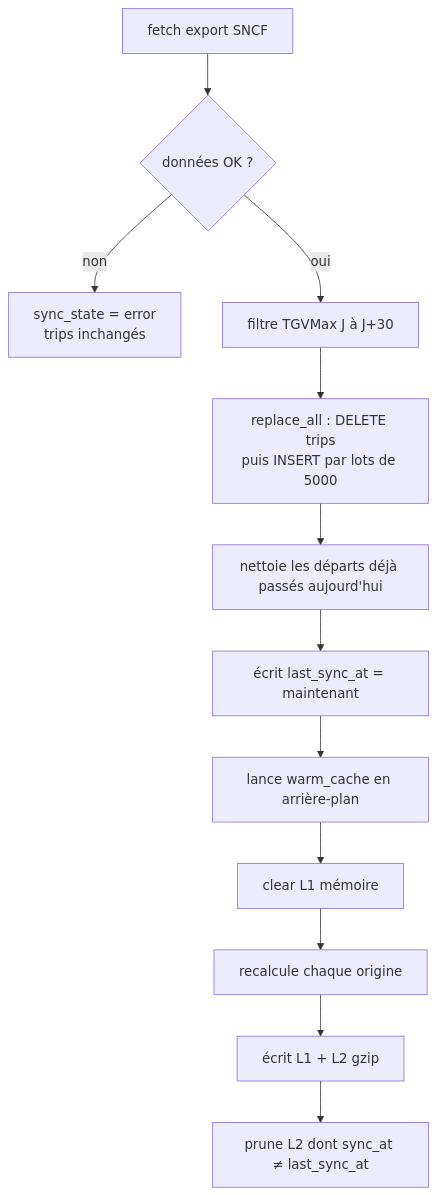
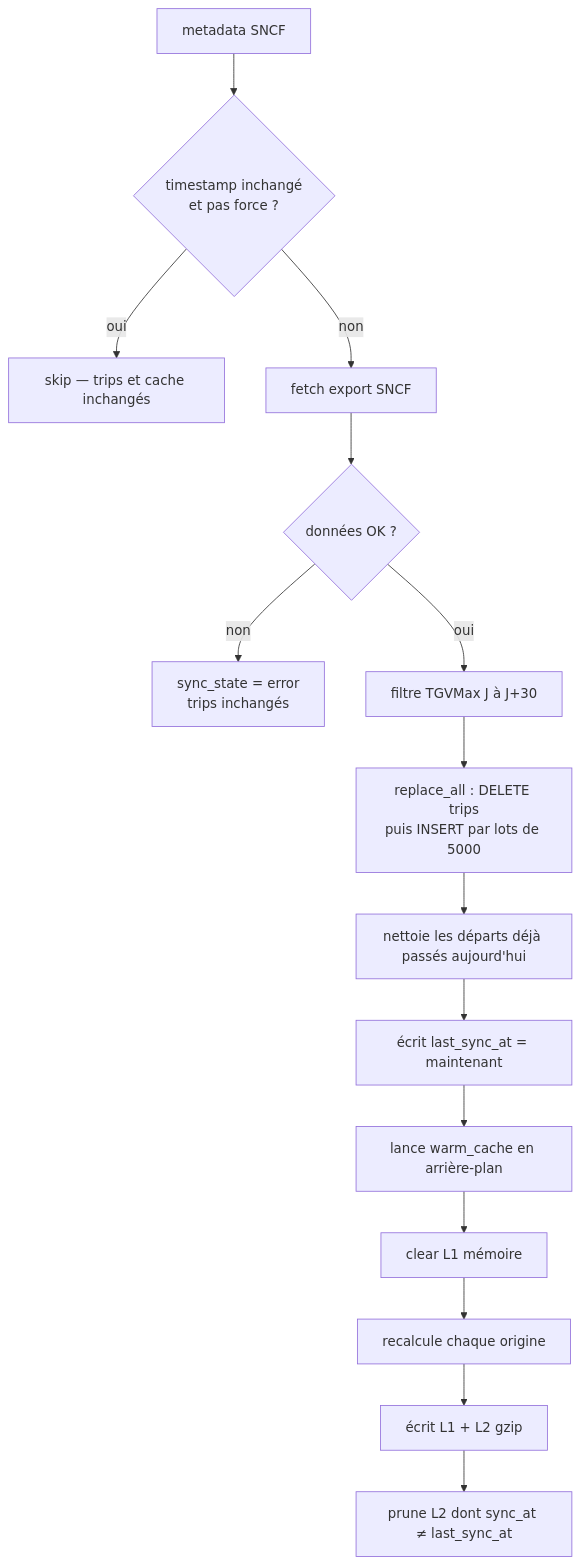
One commit to gabrielluthun/tgvmax-platform changed the diagram in doc/diagrams/01-sync.md. Above: the diagram before and after it, drawn with Mermaid. The commit also changed other lines of this file, not shown here.

Commit message:
docs(diagrams): document skip when SNCF metadata is unchanged

````diff
--- a/doc/diagrams/01-sync.md
+++ b/doc/diagrams/01-sync.md
@@ -11,14 +11,17 @@
 ```mermaid
 flowchart TD
-  A[fetch export SNCF] --> B{données OK ?}
-  B -->|non| E[sync_state = error<br/>trips inchangés]
-  B -->|oui| C[filtre TGVMax J à J+30]
-  C --> D["replace_all : DELETE trips<br/>puis INSERT par lots de 5000"]
-  D --> F[nettoie les départs déjà passés aujourd'hui]
+  A[metadata SNCF] --> S{timestamp inchangé<br/>et pas force ?}
+  S -->|oui| SK[skip — trips et cache inchangés]
+  S -->|non| B[fetch export SNCF]
+  B --> C{données OK ?}
+  C -->|non| E[sync_state = error<br/>trips inchangés]
+  C -->|oui| D[filtre TGVMax J à J+30]
+  D --> R["replace_all : DELETE trips<br/>puis INSERT par lots de 5000"]
+  R --> F[nettoie les départs déjà passés aujourd'hui]
   F --> G[écrit last_sync_at = maintenant]
   G --> H[lance warm_cache en arrière-plan]
   H --> I[clear L1 mémoire]
   I --> J[recalcule chaque origine]
   J --> K[écrit L1 + L2 gzip]
   K --> L[prune L2 dont sync_at ≠ last_sync_at]
 ```
````
